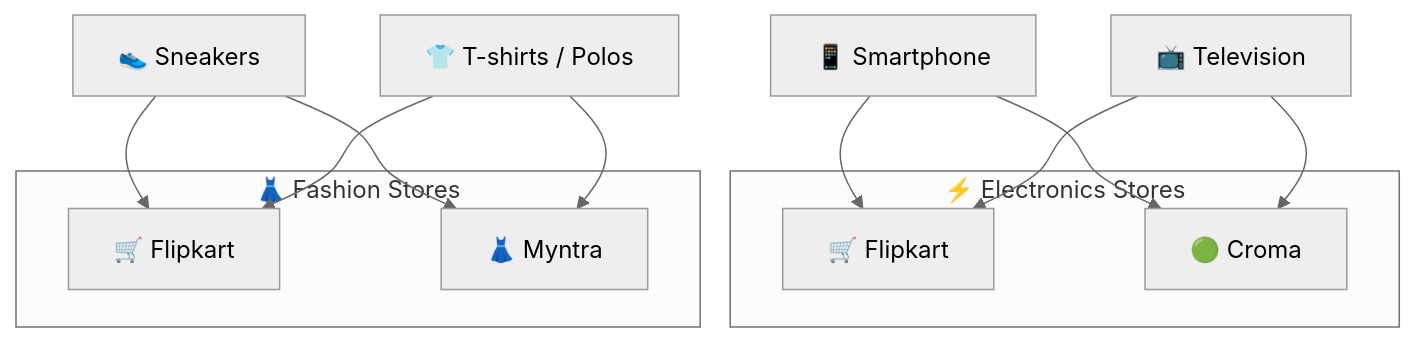
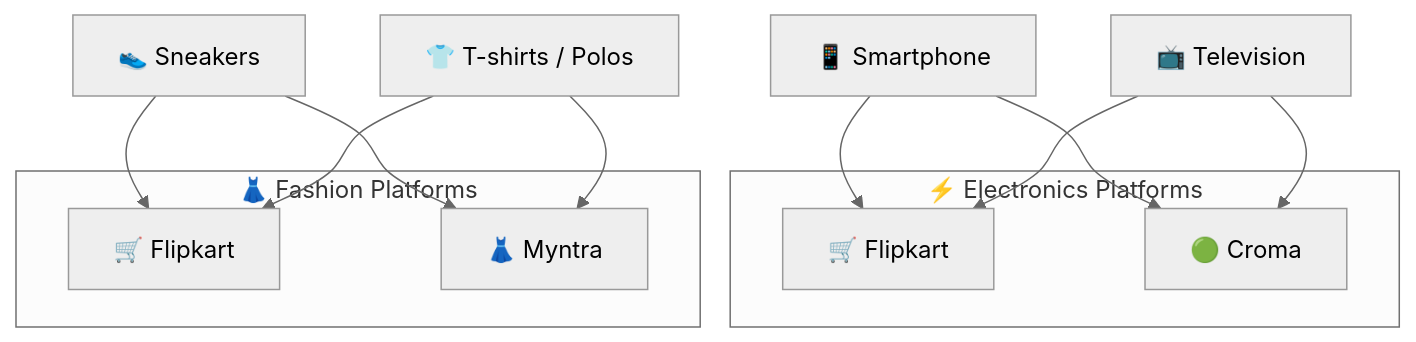
The third of 5 diagrams in MATCHING_EXPLAINED.md (shlokdubey1k/scruge_assignment), drawn with Mermaid (neutral theme) before and after one commit. The commit also changed other lines of this file and 2 other files, not shown here.

````diff
--- a/MATCHING_EXPLAINED.md
+++ b/MATCHING_EXPLAINED.md
@@ -70,17 +75,17 @@
 ```mermaid
 graph TD
-    subgraph Electronics ["⚡ Electronics Stores"]
+    subgraph Electronics ["⚡ Electronics Platforms"]
         FK1["🛒 Flipkart"]
         CR["🟢 Croma"]
     end
 
-    subgraph Fashion ["👗 Fashion Stores"]
+    subgraph Fashion ["👗 Fashion Platforms"]
         FK2["🛒 Flipkart"]
         MY["👗 Myntra"]
     end
 
     Phone["📱 Smartphone"] --> FK1 & CR
     TV["📺 Television"] --> FK1 & CR
     Shoes["👟 Sneakers"] --> FK2 & MY
     Clothes["👕 T-shirts / Polos"] --> FK2 & MY
 ```
````
